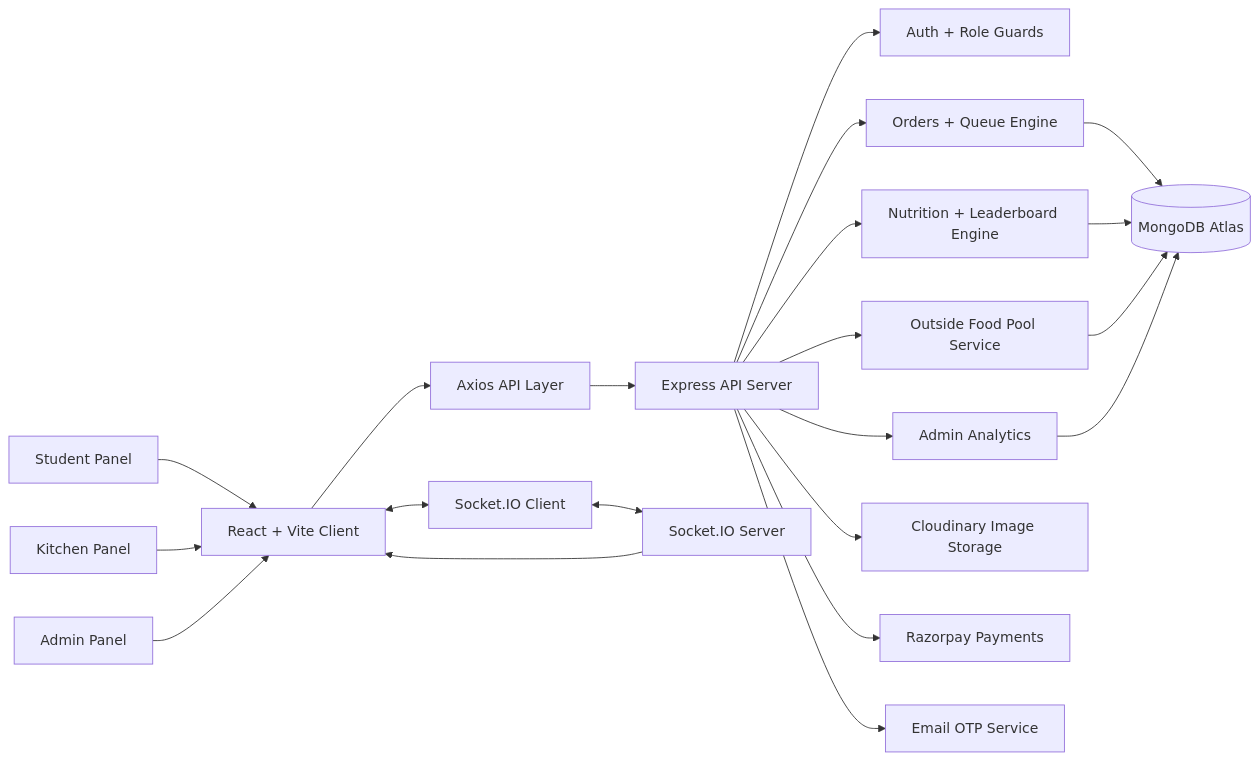
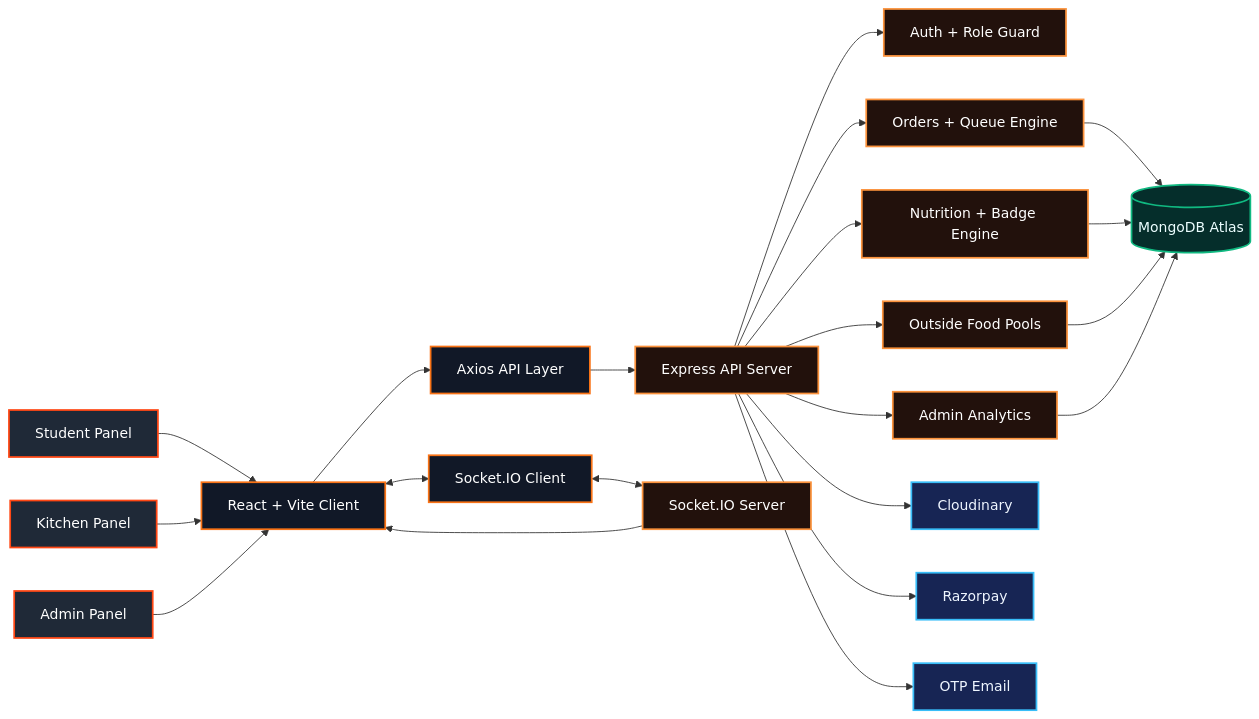
The first of 10 diagrams in README.md (dipeshkr04/UniFeast), drawn with Mermaid before and after one commit. The commit also changed other lines of this file and 4 other files, not shown here.

````diff
--- a/README.md
+++ b/README.md
@@ -20,29 +58,41 @@
 ```mermaid
 flowchart LR
-  Student[Student Panel] --> ReactApp[React + Vite Client]
-  Kitchen[Kitchen Panel] --> ReactApp
-  Admin[Admin Panel] --> ReactApp
+  Student[Student Panel] --> Client[React + Vite Client]
+  Kitchen[Kitchen Panel] --> Client
+  Admin[Admin Panel] --> Client
 
-  ReactApp --> Axios[Axios API Layer]
-  ReactApp <--> SocketClient[Socket.IO Client]
+  Client --> API[Axios API Layer]
+  Client <--> SocketClient[Socket.IO Client]
 
-  Axios --> Express[Express API Server]
+  API --> Server[Express API Server]
   SocketClient <--> SocketServer[Socket.IO Server]
 
-  Express --> Auth[Auth + Role Guards]
-  Express --> Orders[Orders + Queue Engine]
-  Express --> Nutrition[Nutrition + Leaderboard Engine]
-  Express --> Pools[Outside Food Pool Service]
-  Express --> AdminStats[Admin Analytics]
+  Server --> Auth[Auth + Role Guard]
+  Server --> Orders[Orders + Queue Engine]
+  Server --> Nutrition[Nutrition + Badge Engine]
+  Server --> Pools[Outside Food Pools]
+  Server --> Analytics[Admin Analytics]
 
   Orders --> Mongo[(MongoDB Atlas)]
   Nutrition --> Mongo
   Pools --> Mongo
-  AdminStats --> Mongo
+  Analytics --> Mongo
 
-  Express --> Cloudinary[Cloudinary Image Storage]
-  Express --> Razorpay[Razorpay Payments]
-  Express --> Mail[Email OTP Service]
+  Server --> Cloudinary[Cloudinary]
+  Server --> Razorpay[Razorpay]
+  Server --> Mail[OTP Email]
 
-  SocketServer --> ReactApp
+  SocketServer --> Client
+
+  classDef panel fill:#1f2937,stroke:#ff4714,color:#ffffff,stroke-width:2px;
+  classDef client fill:#111827,stroke:#f97316,color:#ffffff,stroke-width:2px;
+  classDef server fill:#22110c,stroke:#fb923c,color:#ffffff,stroke-width:2px;
+  classDef data fill:#052e2b,stroke:#10b981,color:#ecfeff,stroke-width:2px;
+  classDef vendor fill:#172554,stroke:#38bdf8,color:#eff6ff,stroke-width:2px;
+
+  class Student,Kitchen,Admin panel;
+  class Client,API,SocketClient client;
+  class Server,SocketServer,Auth,Orders,Nutrition,Pools,Analytics server;
+  class Mongo data;
+  class Cloudinary,Razorpay,Mail vendor;
 ```
````
